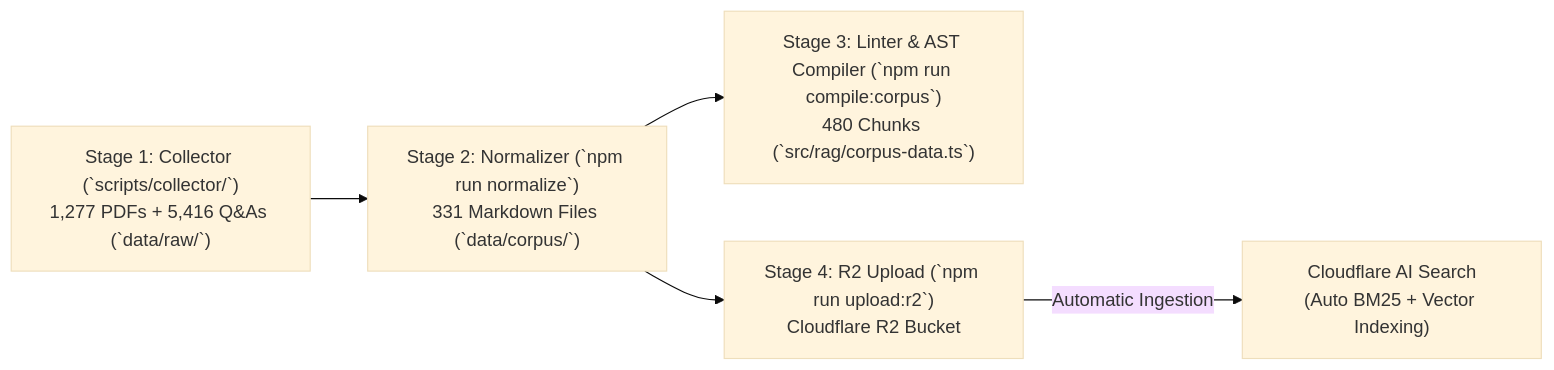
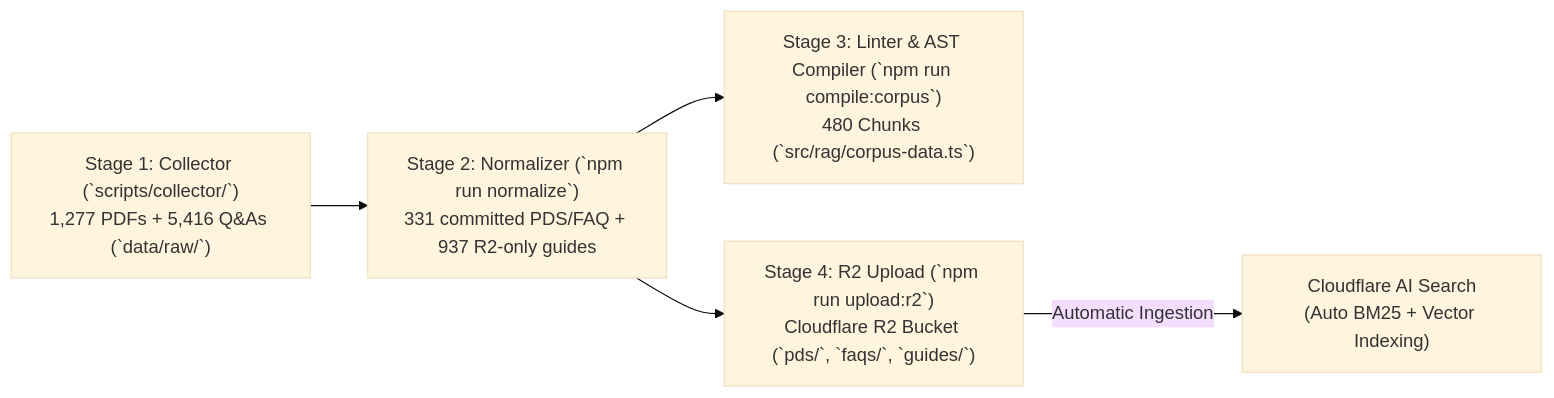
Before and after one commit to jayson-panganiban/faq-mate: the second of 4 diagrams in docs/PRD.md, drawn with Mermaid (base theme). The commit also changed other lines of this file and 68 other files, not shown here.

First line of the commit message:
feat(corpus): add curated insurer guide layer with R2-only publication

````diff
--- a/docs/PRD.md
+++ b/docs/PRD.md
@@ -75,7 +75,7 @@
 ```mermaid
 flowchart LR
-    Collector["Stage 1: Collector (`scripts/collector/`)<br/>1,277 PDFs + 5,416 Q&As (`data/raw/`)"] --> Normalizer["Stage 2: Normalizer (`npm run normalize`)<br/>331 Markdown Files (`data/corpus/`)"]
+    Collector["Stage 1: Collector (`scripts/collector/`)<br/>1,277 PDFs + 5,416 Q&As (`data/raw/`)"] --> Normalizer["Stage 2: Normalizer (`npm run normalize`)<br/>331 committed PDS/FAQ + 937 R2-only guides"]
     Normalizer --> Compiler["Stage 3: Linter & AST Compiler (`npm run compile:corpus`)<br/>480 Chunks (`src/rag/corpus-data.ts`)"]
-    Normalizer --> R2["Stage 4: R2 Upload (`npm run upload:r2`)<br/>Cloudflare R2 Bucket"]
+    Normalizer --> R2["Stage 4: R2 Upload (`npm run upload:r2`)<br/>Cloudflare R2 Bucket (`pds/`, `faqs/`, `guides/`)"]
     R2 -->|Automatic Ingestion| AISearch["Cloudflare AI Search<br/>(Auto BM25 + Vector Indexing)"]
 ```
````
